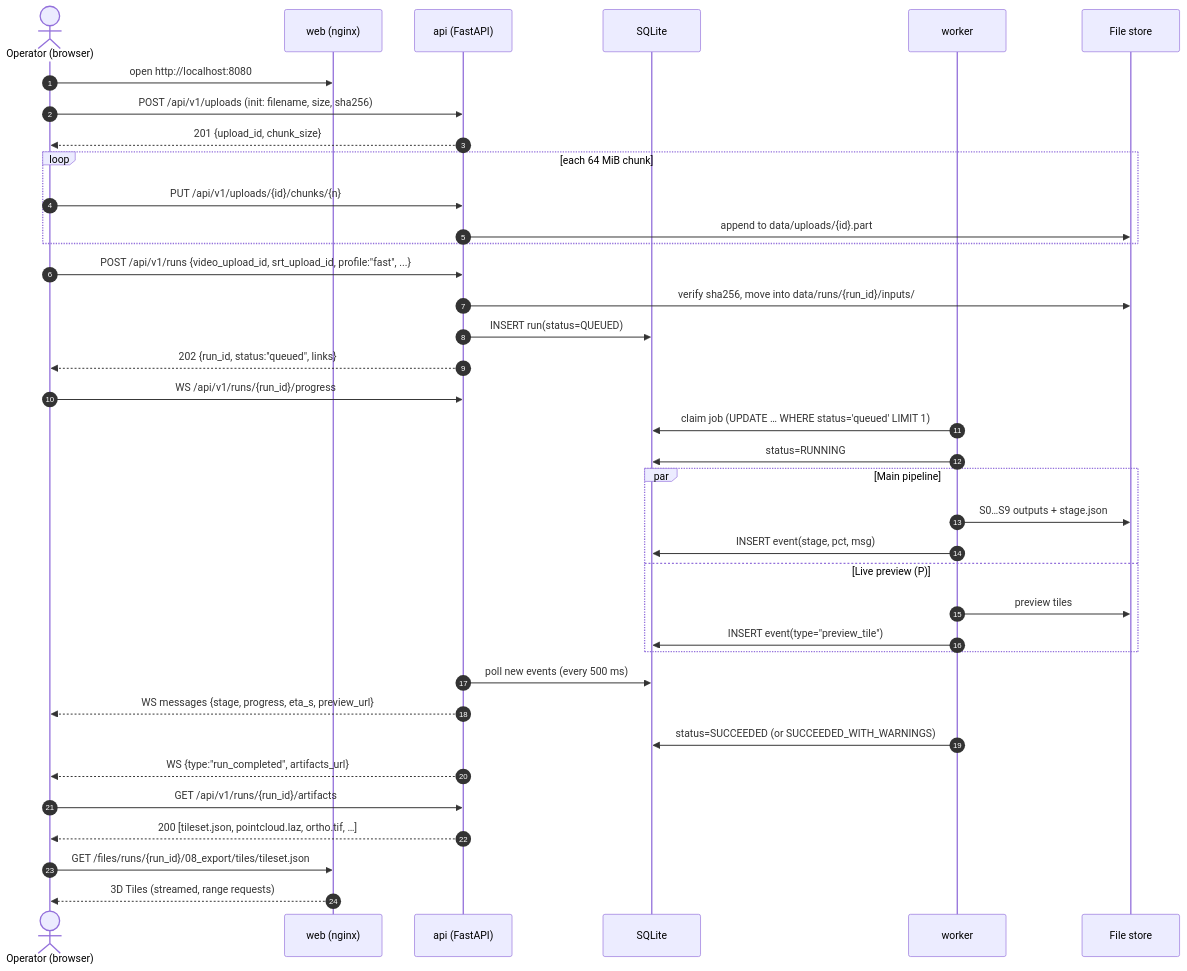
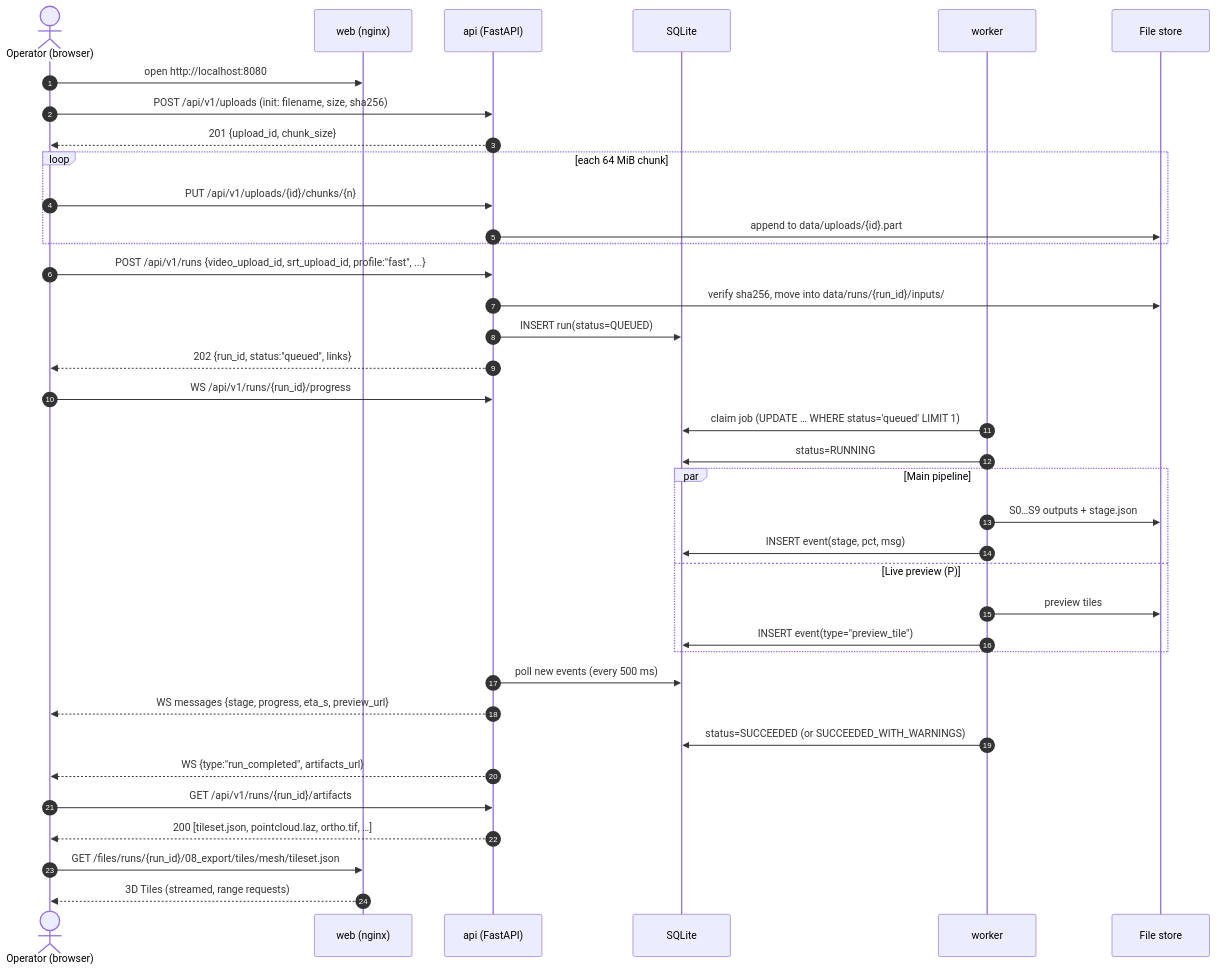
Before and after one commit to vikranthsai310/sih2026-2: the fifth of 11 diagrams in docs/04-system-architecture.md, drawn with Mermaid. The commit also changed other lines of this file and 12 other files, not shown here.

````diff
--- a/docs/04-system-architecture.md
+++ b/docs/04-system-architecture.md
@@ -210,40 +210,40 @@
 ```mermaid
 sequenceDiagram
   autonumber
   actor U as Operator (browser)
   participant W as web (nginx)
   participant A as api (FastAPI)
   participant DB as SQLite
   participant K as worker
   participant FS as File store
 
   U->>W: open http://localhost:8080
   U->>A: POST /api/v1/uploads (init: filename, size, sha256)
   A-->>U: 201 {upload_id, chunk_size}
   loop each 64 MiB chunk
     U->>A: PUT /api/v1/uploads/{id}/chunks/{n}
     A->>FS: append to data/uploads/{id}.part
   end
   U->>A: POST /api/v1/runs {video_upload_id, srt_upload_id, profile:"fast", ...}
   A->>FS: verify sha256, move into data/runs/{run_id}/inputs/
   A->>DB: INSERT run(status=QUEUED)
   A-->>U: 202 {run_id, status:"queued", links}
   U->>A: WS /api/v1/runs/{run_id}/progress
   K->>DB: claim job (UPDATE … WHERE status='queued' LIMIT 1)
   K->>DB: status=RUNNING
   par Main pipeline
     K->>FS: S0…S9 outputs + stage.json
     K->>DB: INSERT event(stage, pct, msg)
   and Live preview (P)
     K->>FS: preview tiles
     K->>DB: INSERT event(type="preview_tile")
   end
   A->>DB: poll new events (every 500 ms)
   A-->>U: WS messages {stage, progress, eta_s, preview_url}
   K->>DB: status=SUCCEEDED (or SUCCEEDED_WITH_WARNINGS)
   A-->>U: WS {type:"run_completed", artifacts_url}
   U->>A: GET /api/v1/runs/{run_id}/artifacts
   A-->>U: 200 [tileset.json, pointcloud.laz, ortho.tif, …]
-  U->>W: GET /files/runs/{run_id}/08_export/tiles/tileset.json
+  U->>W: GET /files/runs/{run_id}/08_export/tiles/mesh/tileset.json
   W-->>U: 3D Tiles (streamed, range requests)
 ```
````
